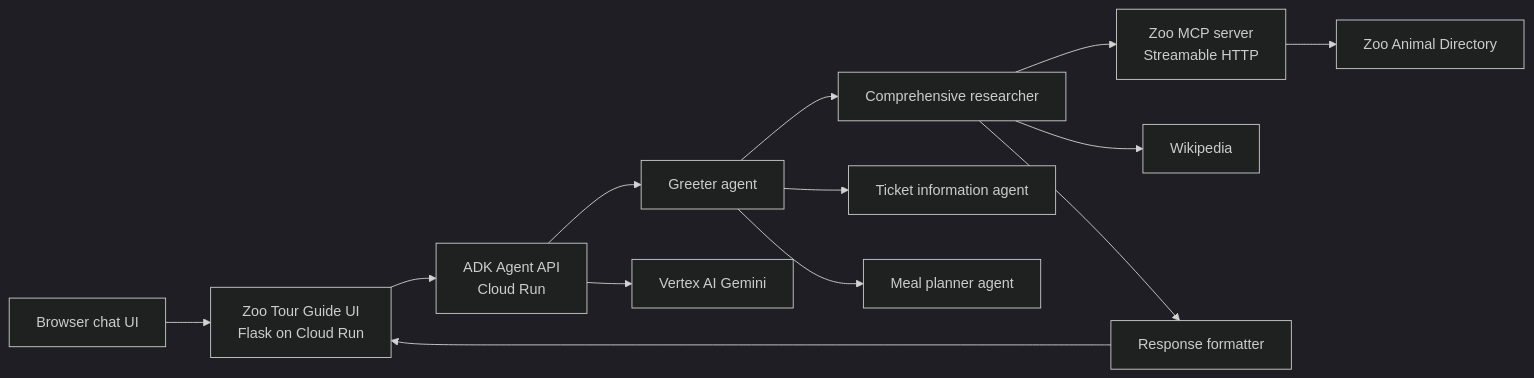
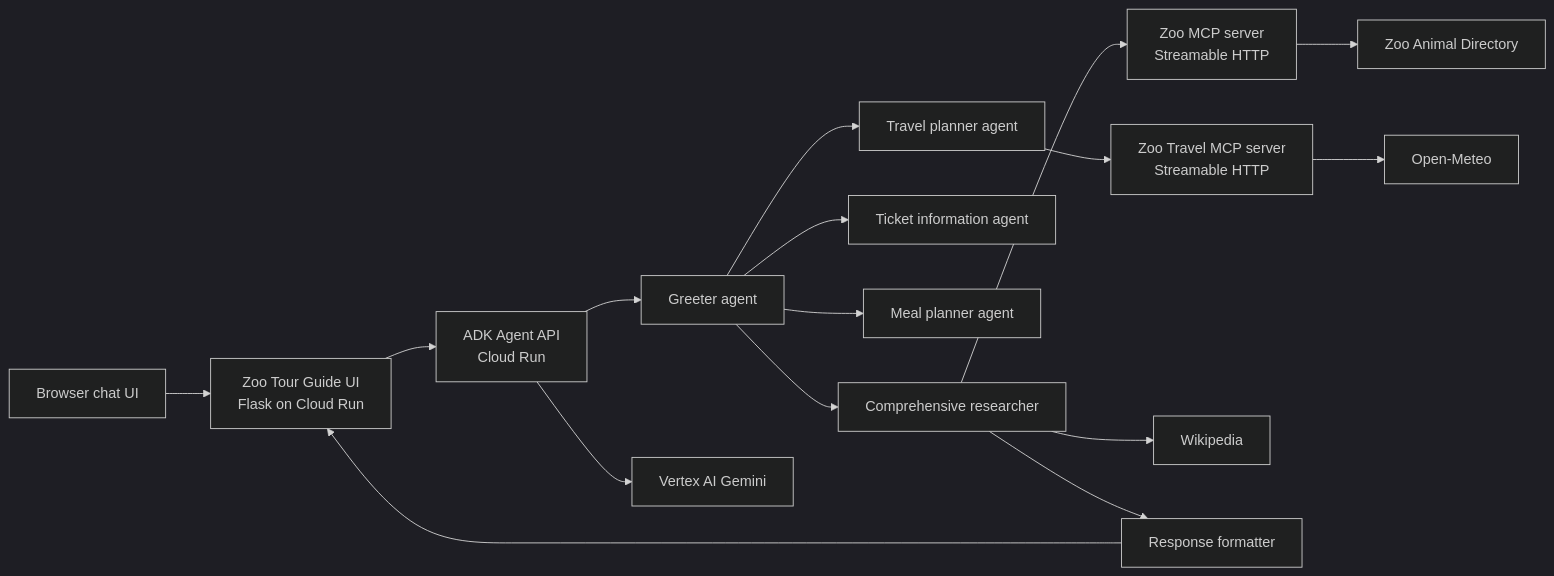
Before and after one commit to VJKumar57/ada-multi-agent-zooAgent: the diagram in README.md, drawn with Mermaid (dark theme). The commit also changed other lines of this file and 6 other files, not shown here.

Commit message:
Add zoo travel MCP service

````diff
--- a/README.md
+++ b/README.md
@@ -15,15 +16,18 @@
 ```mermaid
 flowchart LR
     Browser[Browser chat UI] --> UI[Zoo Tour Guide UI<br/>Flask on Cloud Run]
     UI --> API[ADK Agent API<br/>Cloud Run]
     API --> Greeter[Greeter agent]
     Greeter --> Research[Comprehensive researcher]
     Greeter --> Tickets[Ticket information agent]
     Greeter --> Meals[Meal planner agent]
+    Greeter --> Travel[Travel planner agent]
     Research --> MCP[Zoo MCP server<br/>Streamable HTTP]
+    Travel --> TravelMCP[Zoo Travel MCP server<br/>Streamable HTTP]
     Research --> Wiki[Wikipedia]
     Research --> Format[Response formatter]
     Format --> UI
     MCP --> ZooData[Zoo Animal Directory]
+    TravelMCP --> Weather[Open-Meteo]
     API --> Vertex[Vertex AI Gemini]
 ```
````
